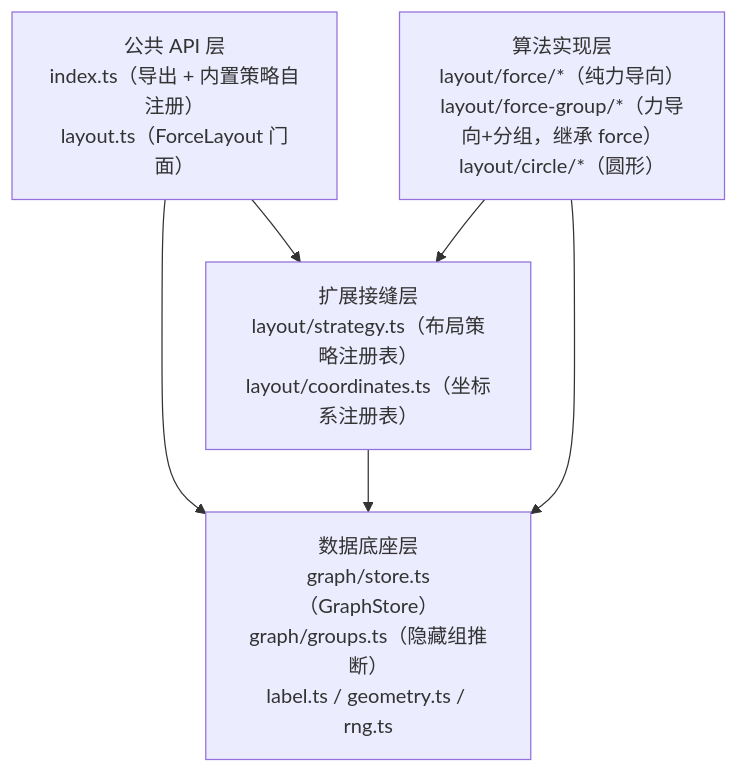
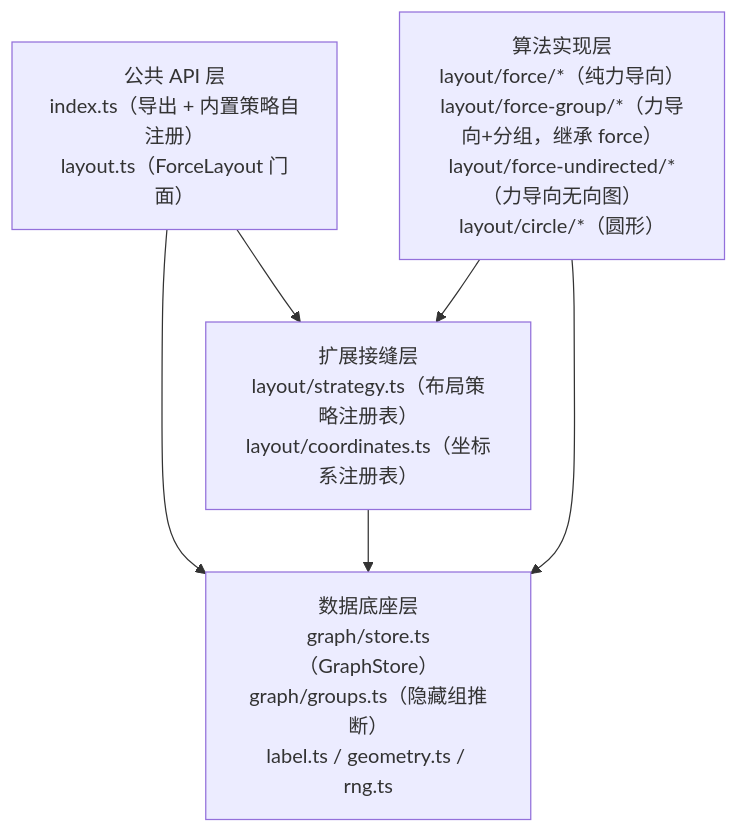
The first of 2 diagrams in doc/architecture.md (jiangjianbo/fishgraph), drawn with Mermaid before and after one commit. The commit also changed other lines of this file and 9 other files, not shown here.

Commit message:
新建无向图布局算法

````diff
--- a/doc/architecture.md
+++ b/doc/architecture.md
@@ -21,13 +21,13 @@
 ```mermaid
 graph TD
     API["公共 API 层<br/>index.ts（导出 + 内置策略自注册）<br/>layout.ts（ForceLayout 门面）"]
     SEAM["扩展接缝层<br/>layout/strategy.ts（布局策略注册表）<br/>layout/coordinates.ts（坐标系注册表）"]
     BASE["数据底座层<br/>graph/store.ts（GraphStore）<br/>graph/groups.ts（隐藏组推断）<br/>label.ts / geometry.ts / rng.ts"]
-    ALGO["算法实现层<br/>layout/force/*（纯力导向）<br/>layout/force-group/*（力导向+分组，继承 force）<br/>layout/circle/*（圆形）"]
+    ALGO["算法实现层<br/>layout/force/*（纯力导向）<br/>layout/force-group/*（力导向+分组，继承 force）<br/>layout/force-undirected/*（力导向无向图）<br/>layout/circle/*（圆形）"]
 
     API --> SEAM
     API --> BASE
     SEAM --> BASE
     ALGO --> SEAM
     ALGO --> BASE
 ```
````
